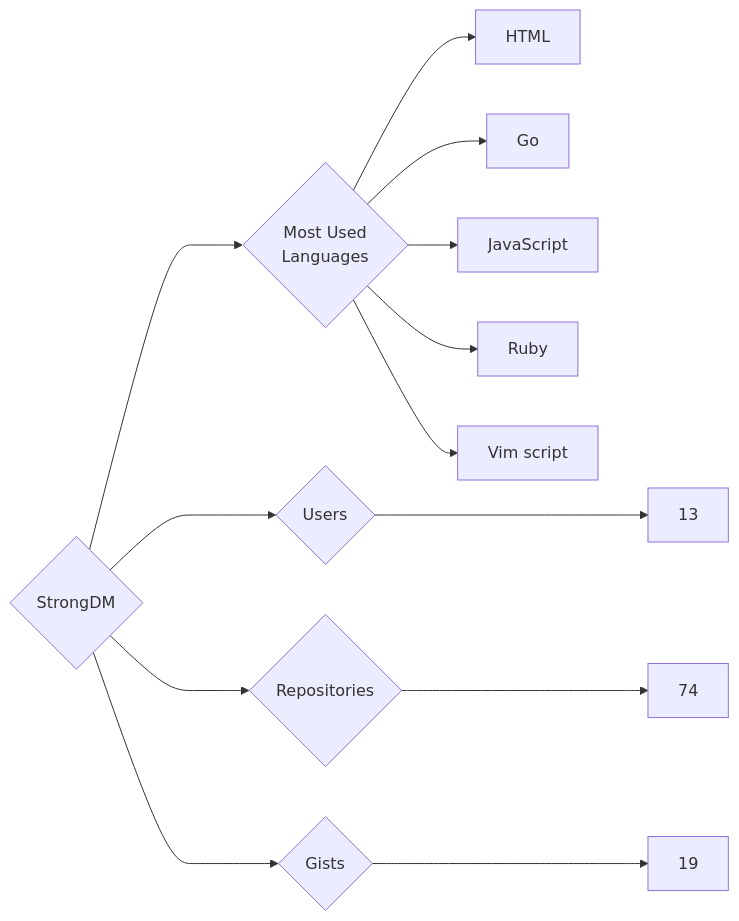
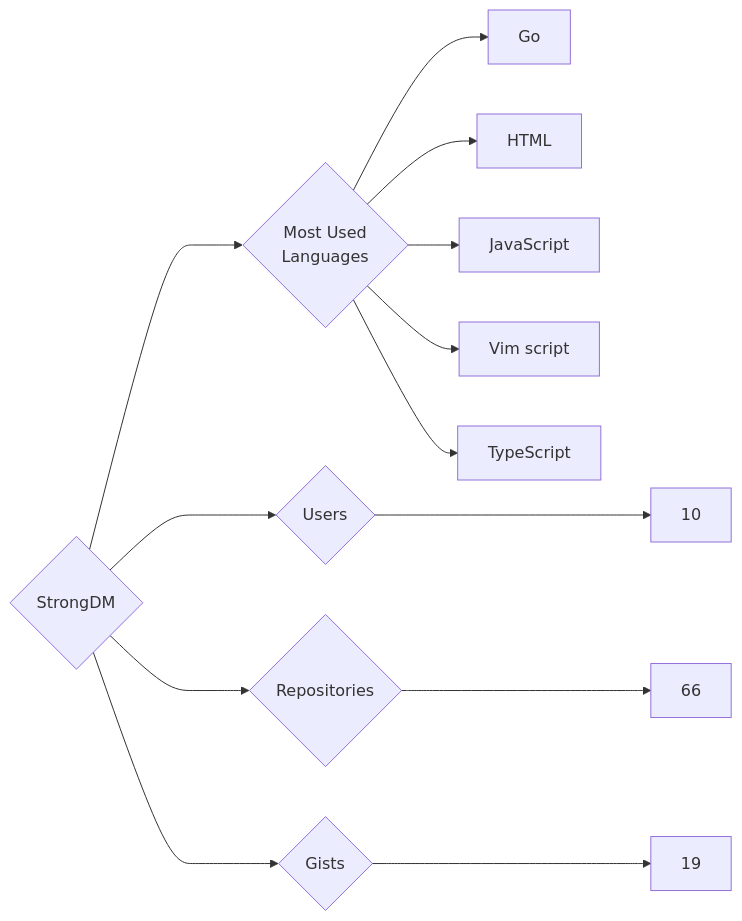
The diagram in targets/StrongDM/README.md (trickest/insiders), drawn with Mermaid before and after one commit. The commit also changed 823 other files, not shown here.

````diff
--- a/targets/StrongDM/README.md
+++ b/targets/StrongDM/README.md
@@ -3,13 +3,13 @@
 ```mermaid
 graph LR
 COMPANY_NAME{StrongDM}
-COMPANY_NAME ---> U{Users} ---> UN[13]
-COMPANY_NAME ---> R{Repositories} ---> RN[74]
+COMPANY_NAME ---> U{Users} ---> UN[10]
+COMPANY_NAME ---> R{Repositories} ---> RN[66]
 COMPANY_NAME ---> G{Gists} ---> GN[19]
 COMPANY_NAME ---> ML{Most Used<br>Languages}
+ML --> Go[Go]
 ML --> HTML[HTML]
-ML --> Go[Go]
 ML --> JavaScript[JavaScript]
-ML --> Ruby[Ruby]
 ML --> Vim_script[Vim script]
+ML --> TypeScript[TypeScript]
 ```
````
